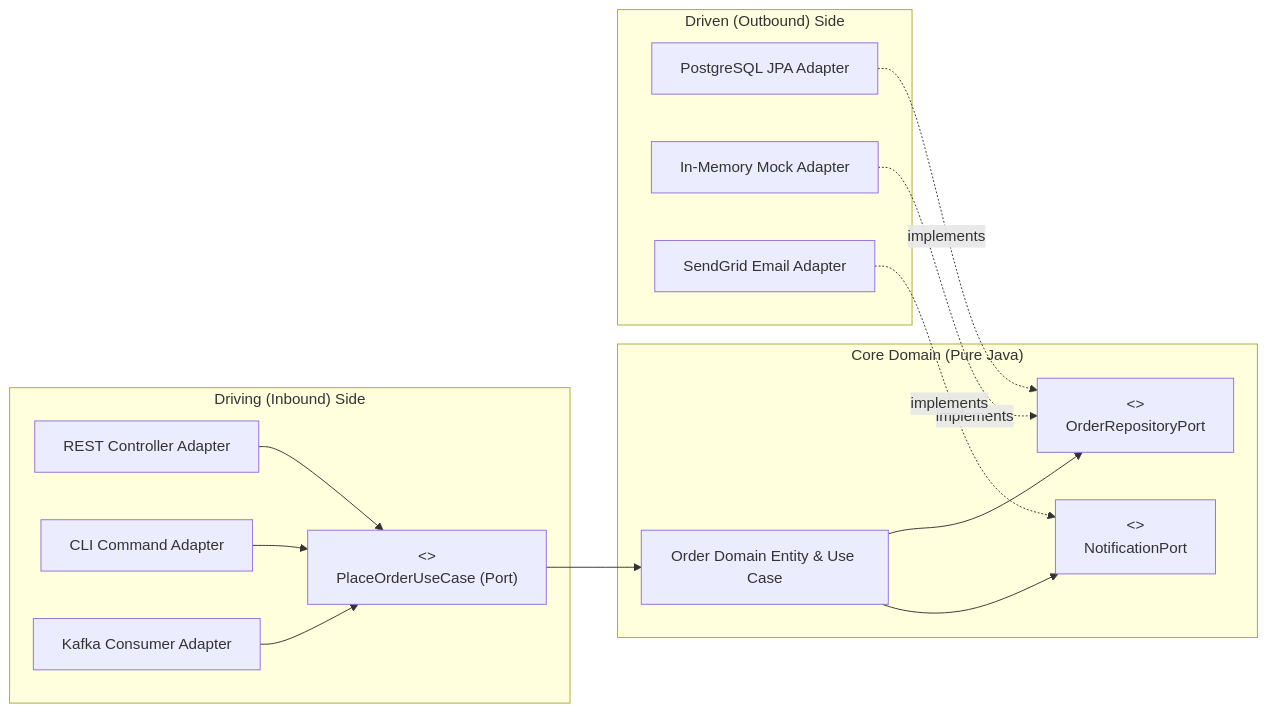
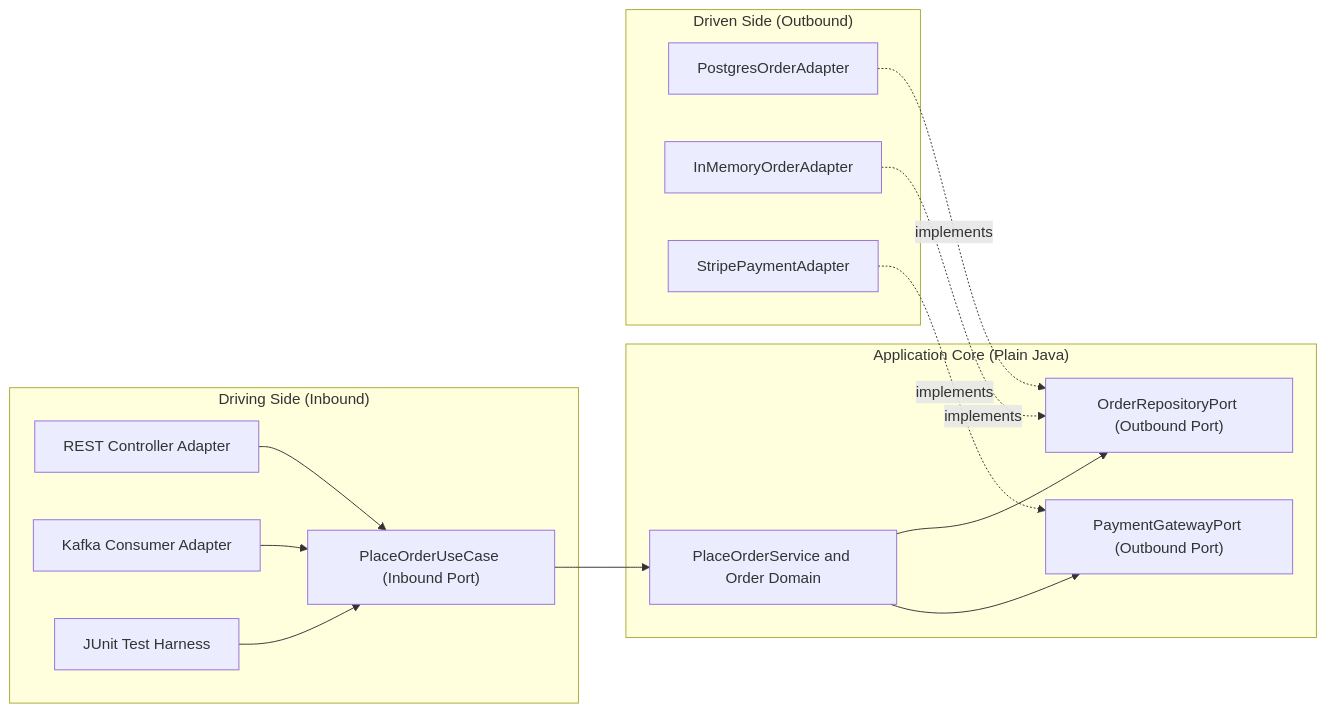
The second of 5 diagrams in content/roadmap/level-6/architectural-patterns.md (ravishankar2463/java_hub), drawn with Mermaid before and after one commit. The commit also changed other lines of this file and 119 other files, not shown here.

Commit message:
feat: add comprehensive java learning roadmap content across multiple levels

````diff
--- a/content/roadmap/level-6/architectural-patterns.md
+++ b/content/roadmap/level-6/architectural-patterns.md
@@ -46,20 +42,20 @@
 ```mermaid
 flowchart LR
-    subgraph "Driving (Inbound) Side"
-        REST["REST Controller Adapter"] --> InPort["<<interface>><br/>PlaceOrderUseCase (Port)"]
-        CLI["CLI Command Adapter"] --> InPort
-        KafkaConsumer["Kafka Consumer Adapter"] --> InPort
+    subgraph "Driving Side (Inbound)"
+        REST["REST Controller Adapter"] --> InPort["PlaceOrderUseCase (Inbound Port)"]
+        Kafka["Kafka Consumer Adapter"] --> InPort
+        Tests["JUnit Test Harness"] --> InPort
     end
 
-    subgraph "Core Domain (Pure Java)"
-        InPort --> Domain["Order Domain Entity & Use Case"]
-        Domain --> OutPort["<<interface>><br/>OrderRepositoryPort"]
-        Domain --> NotifPort["<<interface>><br/>NotificationPort"]
+    subgraph "Application Core (Plain Java)"
+        InPort --> Service["PlaceOrderService and Order Domain"]
+        Service --> RepoPort["OrderRepositoryPort (Outbound Port)"]
+        Service --> PayPort["PaymentGatewayPort (Outbound Port)"]
     end
 
-    subgraph "Driven (Outbound) Side"
-        PgAdapter["PostgreSQL JPA Adapter"] -.->|implements| OutPort
-        FakeAdapter["In-Memory Mock Adapter"] -.->|implements| OutPort
-        SendgridAdapter["SendGrid Email Adapter"] -.->|implements| NotifPort
+    subgraph "Driven Side (Outbound)"
+        PgAdapter["PostgresOrderAdapter"] -.->|"implements"| RepoPort
+        MemAdapter["InMemoryOrderAdapter"] -.->|"implements"| RepoPort
+        StripeAdapter["StripePaymentAdapter"] -.->|"implements"| PayPort
     end
 ```
````
